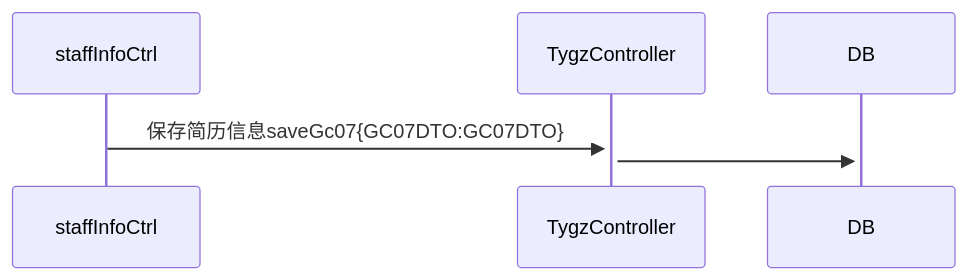
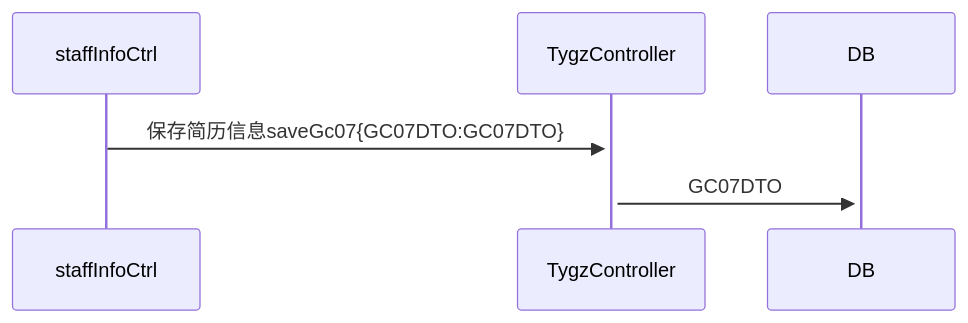
One commit to ZhangJianBeiJing/iodraw-files changed the diagram in all/未命名.md. Above: the diagram before and after it, drawn with Mermaid.

Commit message:
2025-03-25 17:06:34 update

````diff
--- a/all/未命名.md
+++ b/all/未命名.md
@@ -1,7 +1,7 @@
 ```mermaid
 sequenceDiagram
     staffInfoCtrl->>+TygzController:保存简历信息saveGc07{GC07DTO:GC07DTO}
-    TygzController->>+DB:
+    TygzController->>+DB:GC07DTO
 
             
 ```
````
